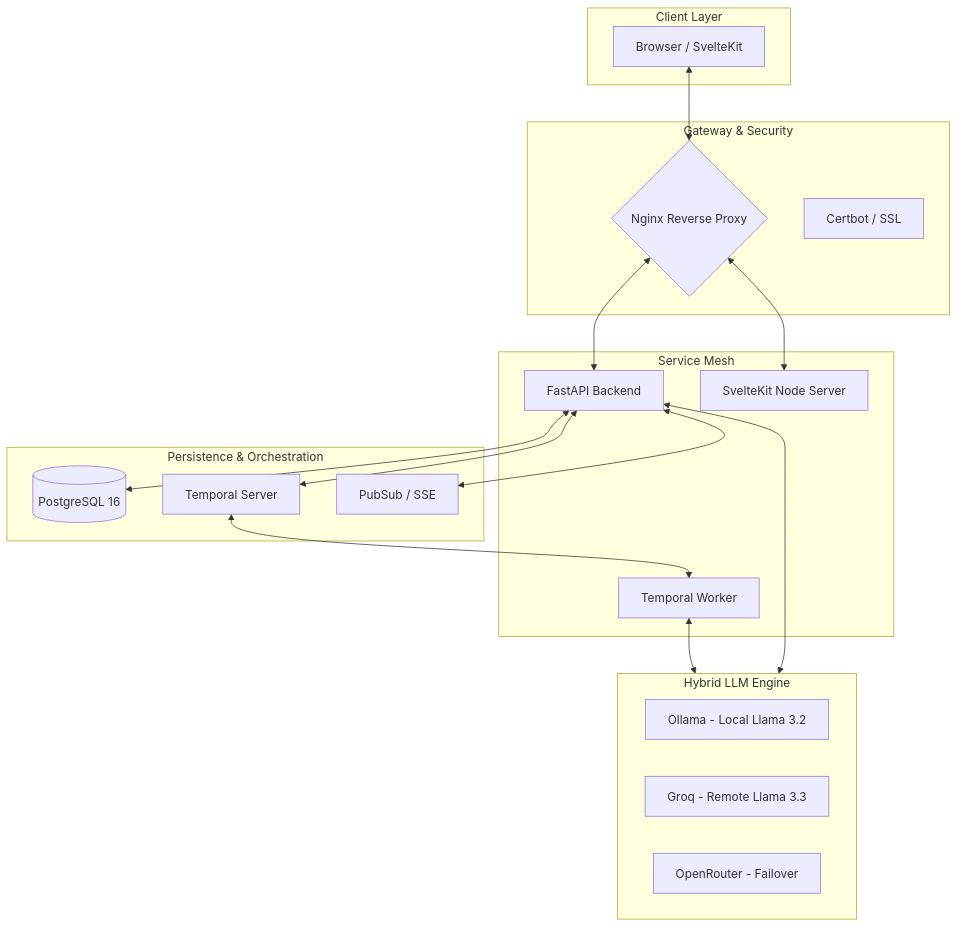
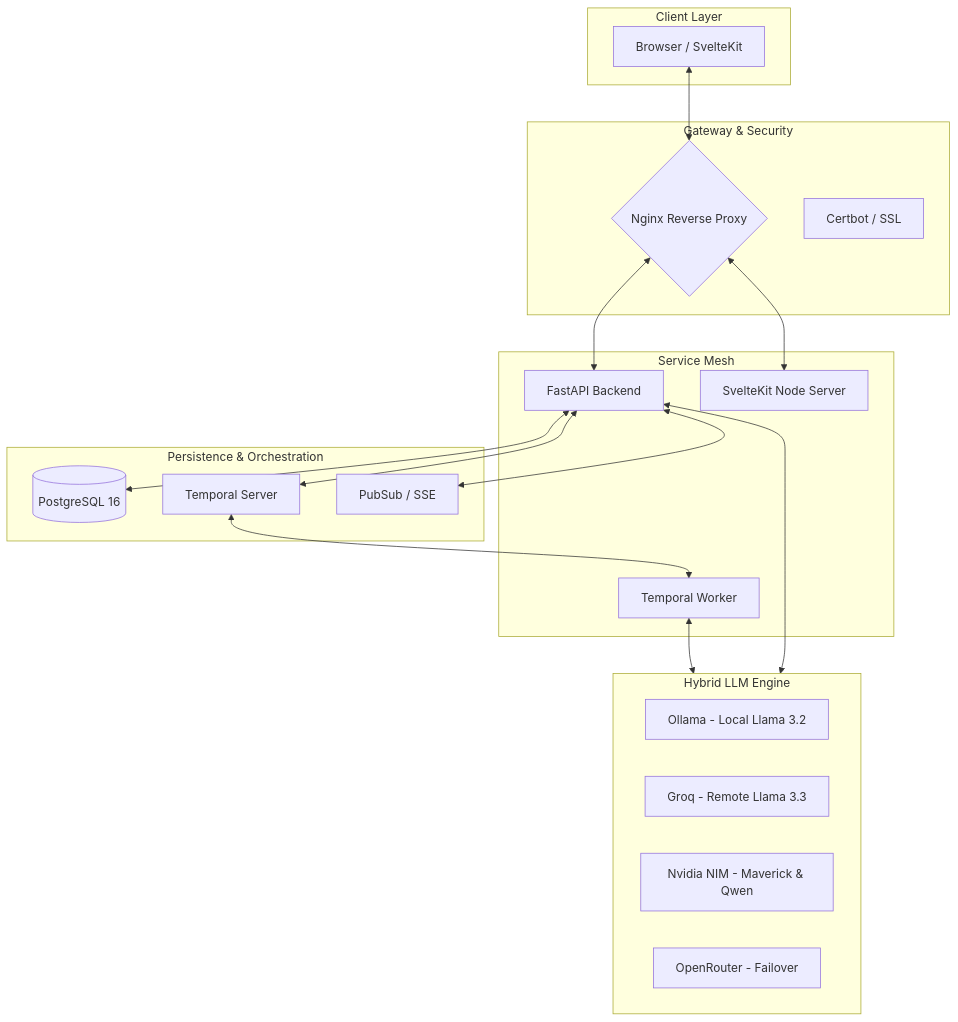
Before and after one commit to remitoudic/job_wizard: the first of 2 diagrams in README.md, drawn with Mermaid. The commit also changed other lines of this file, not shown here.

Commit message:
Update README to feature Nvidia NIM integration, dual models, and SSE pipeline improvements

````diff
--- a/README.md
+++ b/README.md
@@ -28,39 +28,40 @@
 ```mermaid
 graph TD
     subgraph Client_Layer [Client Layer]
         Browser[Browser / SvelteKit]
     end
 
     subgraph Gateway_Layer [Gateway & Security]
         Nginx{Nginx Reverse Proxy}
         Certbot[Certbot / SSL]
     end
 
     subgraph Service_Mesh [Service Mesh]
         Backend[FastAPI Backend]
         Worker[Temporal Worker]
         Frontend[SvelteKit Node Server]
     end
 
     subgraph Persistence_Layer [Persistence & Orchestration]
         PostgreSQL[(PostgreSQL 16)]
         Temporal[Temporal Server]
         Redis[PubSub / SSE]
     end
 
     subgraph AI_Engine [Hybrid LLM Engine]
         Ollama[Ollama - Local Llama 3.2]
         Groq[Groq - Remote Llama 3.3]
+        Nvidia[Nvidia NIM - Maverick & Qwen]
         OpenRouter[OpenRouter - Failover]
     end
 
     Browser <--> Nginx
     Nginx <--> Frontend
     Nginx <--> Backend
     Backend <--> PostgreSQL
     Backend <--> Temporal
     Backend <--> Redis
     Temporal <--> Worker
     Worker <--> AI_Engine
     Backend <--> AI_Engine
 ```
````
